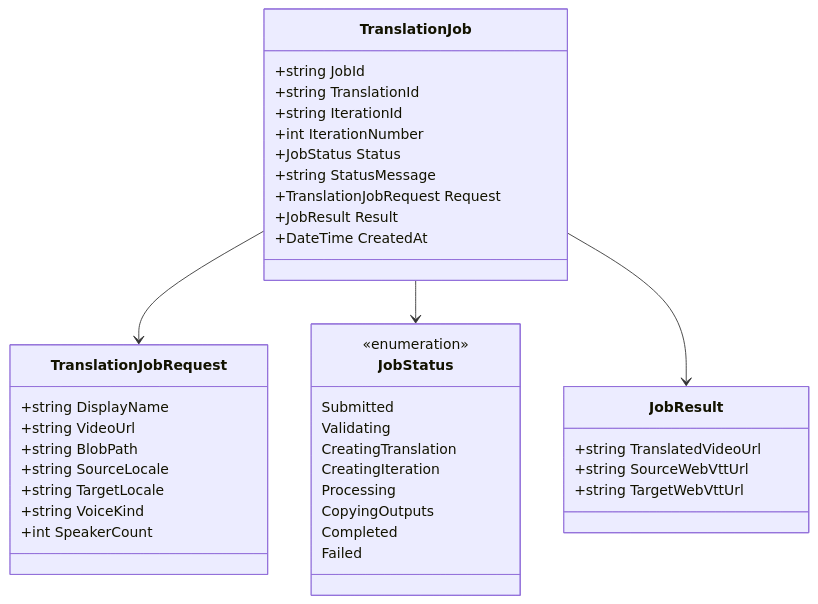
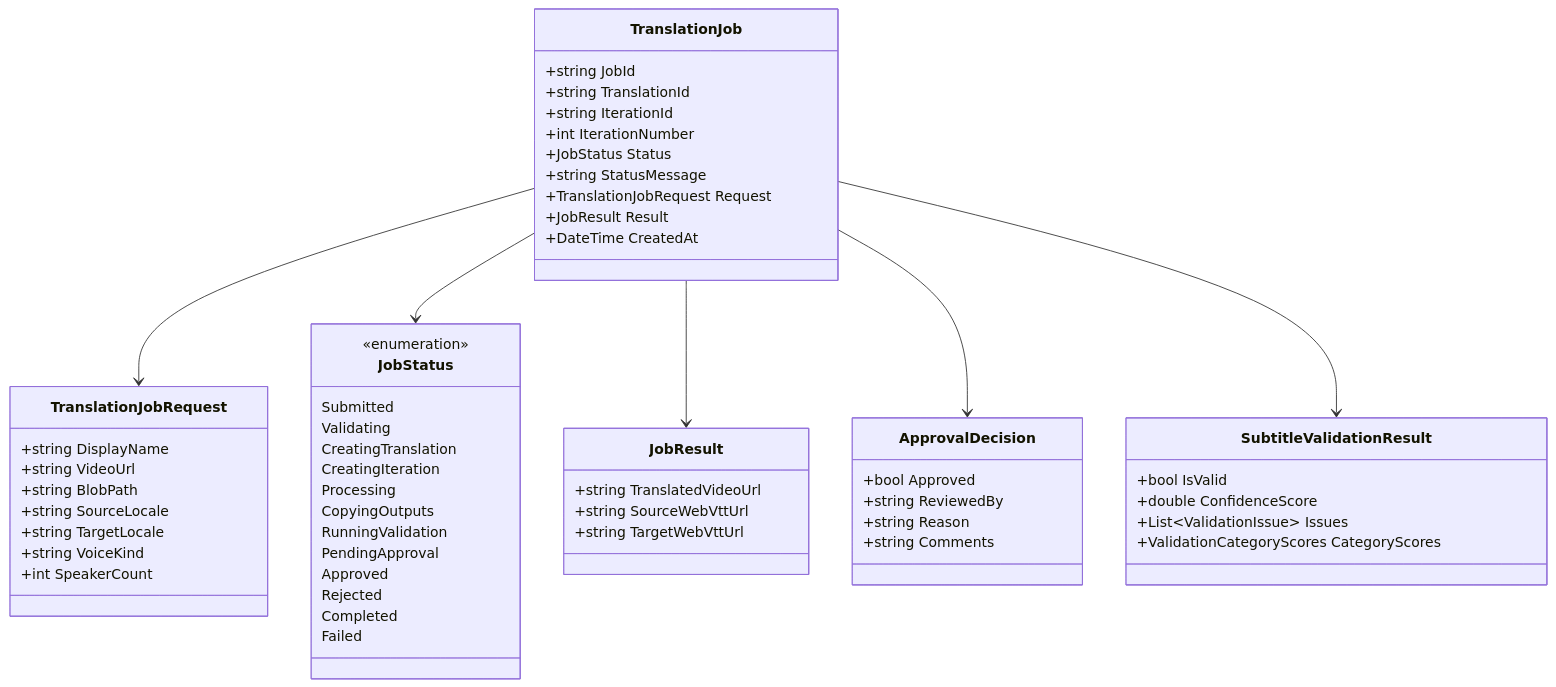
One commit to haslam93/FY26AMA-Capstone-AI-Video-Translation changed the fifth of 14 diagrams in docs/architecture.md. Above: the diagram before and after it, drawn with Mermaid. The commit also changed other lines of this file and 4 other files, not shown here.

````diff
--- a/docs/architecture.md
+++ b/docs/architecture.md
@@ -242,46 +291,66 @@
 ```mermaid
 classDiagram
     class TranslationJobRequest {
         +string DisplayName
         +string VideoUrl
         +string BlobPath
         +string SourceLocale
         +string TargetLocale
         +string VoiceKind
         +int SpeakerCount
     }
     
     class TranslationJob {
         +string JobId
         +string TranslationId
         +string IterationId
         +int IterationNumber
         +JobStatus Status
         +string StatusMessage
         +TranslationJobRequest Request
         +JobResult Result
         +DateTime CreatedAt
     }
     
     class JobStatus {
         <<enumeration>>
         Submitted
         Validating
         CreatingTranslation
         CreatingIteration
         Processing
         CopyingOutputs
+        RunningValidation
+        PendingApproval
+        Approved
+        Rejected
         Completed
         Failed
     }
     
     class JobResult {
         +string TranslatedVideoUrl
         +string SourceWebVttUrl
         +string TargetWebVttUrl
     }
     
+    class ApprovalDecision {
+        +bool Approved
+        +string ReviewedBy
+        +string Reason
+        +string Comments
+    }
+    
+    class SubtitleValidationResult {
+        +bool IsValid
+        +double ConfidenceScore
+        +List~ValidationIssue~ Issues
+        +ValidationCategoryScores CategoryScores
+    }
+    
     TranslationJob --> TranslationJobRequest
     TranslationJob --> JobStatus
     TranslationJob --> JobResult
+    TranslationJob --> ApprovalDecision
+    TranslationJob --> SubtitleValidationResult
 ```
````
